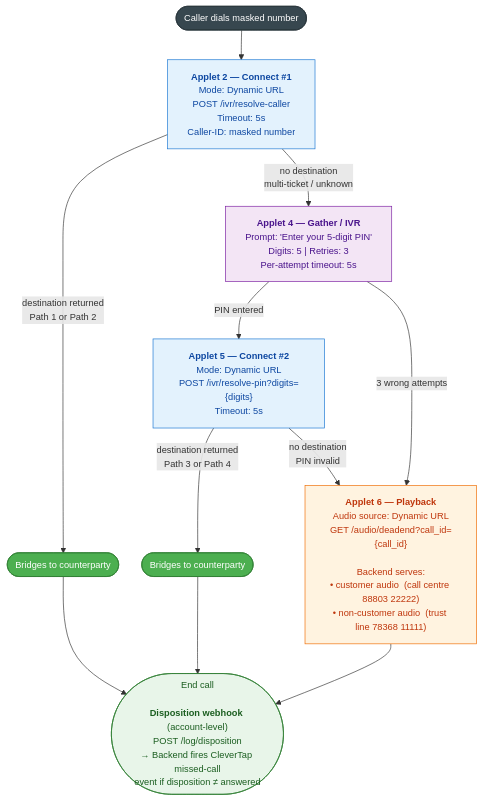
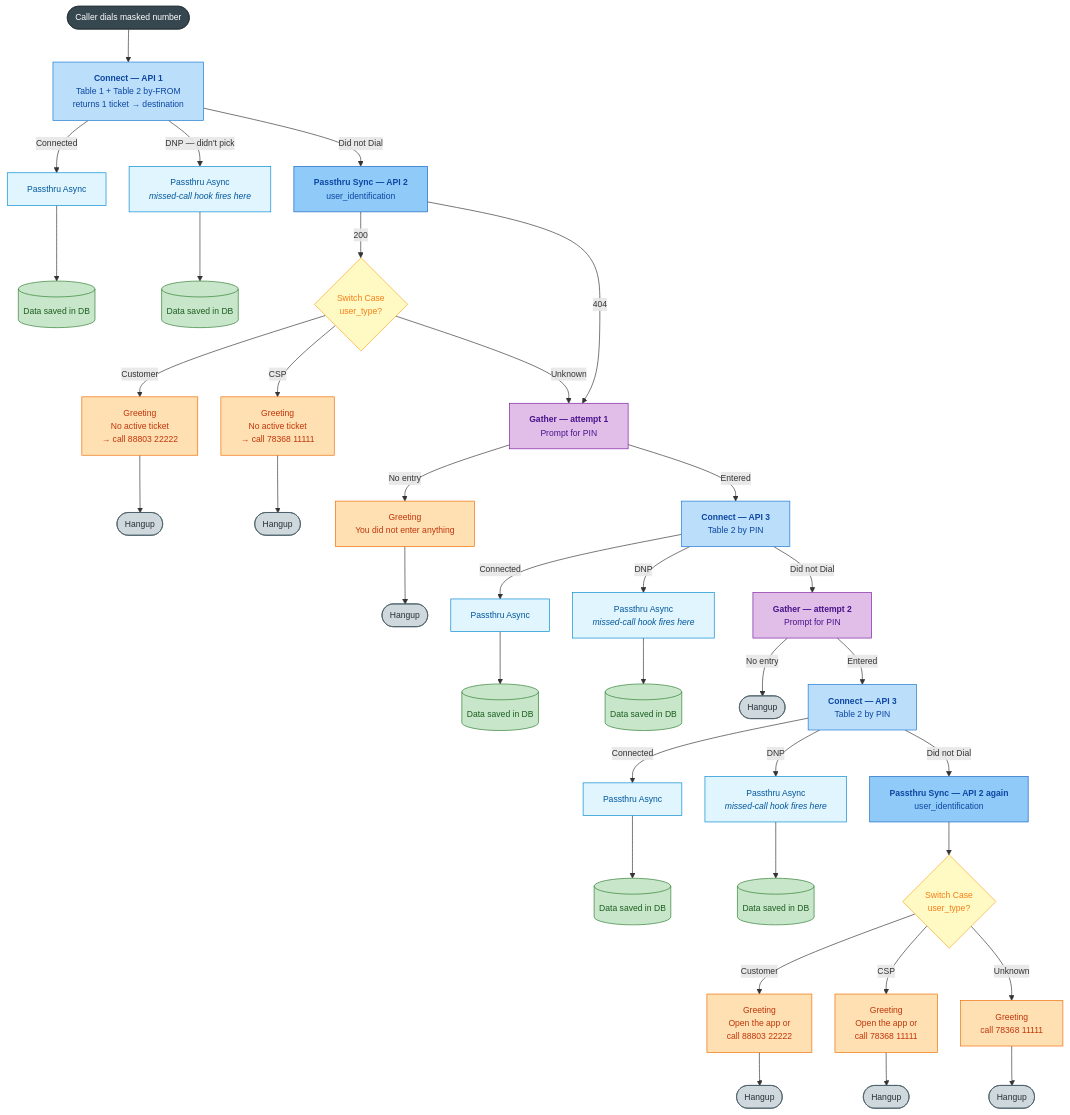
The diagram in exotel-app-bazaar-flow.mmd (ashish-raj-wiom/IVR-Routing-Solutioning), drawn with Mermaid before and after one commit. The commit also changed 2 other files, not shown here.

First paragraph of the commit message:
Exotel App Bazaar canonical flow — 2 attempts, 3 APIs, Gather config
Five reconciliations with the actual Exotel App Bazaar primitives:

```diff
--- a/exotel-app-bazaar-flow.mmd
+++ b/exotel-app-bazaar-flow.mmd
@@ -1,35 +1,74 @@
-%%{init: {'flowchart': {'curve': 'basis', 'nodeSpacing': 35, 'rankSpacing': 45}, 'themeVariables': {'fontSize': '14px'}}}%%
+%%{init: {'flowchart': {'curve': 'basis', 'nodeSpacing': 35, 'rankSpacing': 50}, 'themeVariables': {'fontSize': '13px'}}}%%
 flowchart TD
 
-    Start([Caller dials masked number]):::start --> A2
+    Start([Caller dials masked number]):::start
+    Start --> C1["<b>Connect — API 1</b><br/>Table 1 + Table 2 by-FROM<br/>returns 1 ticket → destination"]:::connect
 
-    A2["<b>Applet 2 — Connect #1</b><br/>Mode: Dynamic URL<br/>POST /ivr/resolve-caller<br/>Timeout: 5s<br/>Caller-ID: masked number"]:::connect
+    %% First Connect outcomes
+    C1 -->|Connected| PA1[Passthru Async]:::passthru
+    PA1 --> DB1[(Data saved in DB)]:::store
 
-    A2 -->|destination returned<br/>Path 1 or Path 2| Bridge1([Bridges to counterparty]):::happy
-    A2 -->|no destination<br/>multi-ticket / unknown| A4
+    C1 -->|DNP — didn't pick| PA2["Passthru Async<br/><i>missed-call hook fires here</i>"]:::passthru
+    PA2 --> DB2[(Data saved in DB)]:::store
 
-    A4["<b>Applet 4 — Gather / IVR</b><br/>Prompt: 'Enter your 5-digit PIN'<br/>Digits: 5  |  Retries: 3<br/>Per-attempt timeout: 5s"]:::gather
+    C1 -->|Did not Dial| PS1["<b>Passthru Sync — API 2</b><br/>user_identification"]:::sync
 
-    A4 -->|PIN entered| A5
-    A4 -->|3 wrong attempts| A6
+    %% Switch Case after first user_identification
+    PS1 -->|200| SC1{Switch Case<br/>user_type?}:::switch
+    PS1 -->|404| G1
 
-    A5["<b>Applet 5 — Connect #2</b><br/>Mode: Dynamic URL<br/>POST /ivr/resolve-pin?digits={digits}<br/>Timeout: 5s"]:::connect
+    SC1 -->|Customer| GR1["Greeting<br/>No active ticket<br/>→ call 88803 22222"]:::greeting
+    GR1 --> HU1([Hangup]):::hangup
 
-    A5 -->|destination returned<br/>Path 3 or Path 4| Bridge2([Bridges to counterparty]):::happy
-    A5 -->|no destination<br/>PIN invalid| A6
+    SC1 -->|CSP| GR2["Greeting<br/>No active ticket<br/>→ call 78368 11111"]:::greeting
+    GR2 --> HU2([Hangup]):::hangup
 
-    A6["<b>Applet 6 — Playback</b><br/>Audio source: Dynamic URL<br/>GET /audio/deadend?call_id={call_id}<br/><br/>Backend serves:<br/>• customer audio  (call centre 88803 22222)<br/>• non-customer audio  (trust line 78368 11111)"]:::playback
+    SC1 -->|Unknown| G1["<b>Gather — attempt 1</b><br/>Prompt for PIN"]:::gather
 
-    A6 --> EndCall
+    %% PIN attempt 1
+    G1 -->|No entry| GR3["Greeting<br/>You did not enter anything"]:::greeting
+    GR3 --> HU3([Hangup]):::hangup
 
-    Bridge1 --> EndCall
-    Bridge2 --> EndCall
+    G1 -->|Entered| C2["<b>Connect — API 3</b><br/>Table 2 by PIN"]:::connect
 
-    EndCall(["End call<br/><br/><b>Disposition webhook</b> (account-level)<br/>POST /log/disposition<br/>→ Backend fires CleverTap missed-call<br/>event if disposition ≠ answered"]):::disposition
+    C2 -->|Connected| PA3[Passthru Async]:::passthru
+    PA3 --> DB3[(Data saved in DB)]:::store
 
-    classDef start       fill:#37474f,stroke:#263238,color:#fff
-    classDef connect     fill:#e3f2fd,stroke:#1976d2,color:#0d47a1
-    classDef gather      fill:#f3e5f5,stroke:#7b1fa2,color:#4a148c
-    classDef playback    fill:#fff3e0,stroke:#ef6c00,color:#bf360c
-    classDef happy       fill:#4caf50,stroke:#2e7d32,color:#fff
-    classDef disposition fill:#e8f5e9,stroke:#2e7d32,color:#1b5e20
+    C2 -->|DNP| PA4["Passthru Async<br/><i>missed-call hook fires here</i>"]:::passthru
+    PA4 --> DB4[(Data saved in DB)]:::store
+
+    C2 -->|Did not Dial| G2["<b>Gather — attempt 2</b><br/>Prompt for PIN"]:::gather
+
+    %% PIN attempt 2
+    G2 -->|No entry| HU4([Hangup]):::hangup
+
+    G2 -->|Entered| C3["<b>Connect — API 3</b><br/>Table 2 by PIN"]:::connect
+
+    C3 -->|Connected| PA5[Passthru Async]:::passthru
+    PA5 --> DB5[(Data saved in DB)]:::store
+
+    C3 -->|DNP| PA6["Passthru Async<br/><i>missed-call hook fires here</i>"]:::passthru
+    PA6 --> DB6[(Data saved in DB)]:::store
+
+    %% Final dead-end after PIN exhaustion
+    C3 -->|Did not Dial| PS2["<b>Passthru Sync — API 2 again</b><br/>user_identification"]:::sync
+    PS2 --> SC2{Switch Case<br/>user_type?}:::switch
+
+    SC2 -->|Customer| GR4["Greeting<br/>Open the app or<br/>call 88803 22222"]:::greeting
+    GR4 --> HU5([Hangup]):::hangup
+
+    SC2 -->|CSP| GR5["Greeting<br/>Open the app or<br/>call 78368 11111"]:::greeting
+    GR5 --> HU6([Hangup]):::hangup
+
+    SC2 -->|Unknown| GR6["Greeting<br/>call 78368 11111"]:::greeting
+    GR6 --> HU7([Hangup]):::hangup
+
+    classDef start    fill:#37474f,stroke:#263238,color:#fff
+    classDef connect  fill:#bbdefb,stroke:#1976d2,color:#0d47a1
+    classDef passthru fill:#e1f5fe,stroke:#0288d1,color:#01579b
+    classDef sync     fill:#90caf9,stroke:#1565c0,color:#0d47a1
+    classDef switch   fill:#fff9c4,stroke:#f9a825,color:#f57f17
+    classDef gather   fill:#e1bee7,stroke:#7b1fa2,color:#4a148c
+    classDef greeting fill:#ffe0b2,stroke:#ef6c00,color:#bf360c
+    classDef store    fill:#c8e6c9,stroke:#2e7d32,color:#1b5e20
+    classDef hangup   fill:#cfd8dc,stroke:#455a64,color:#263238
```
